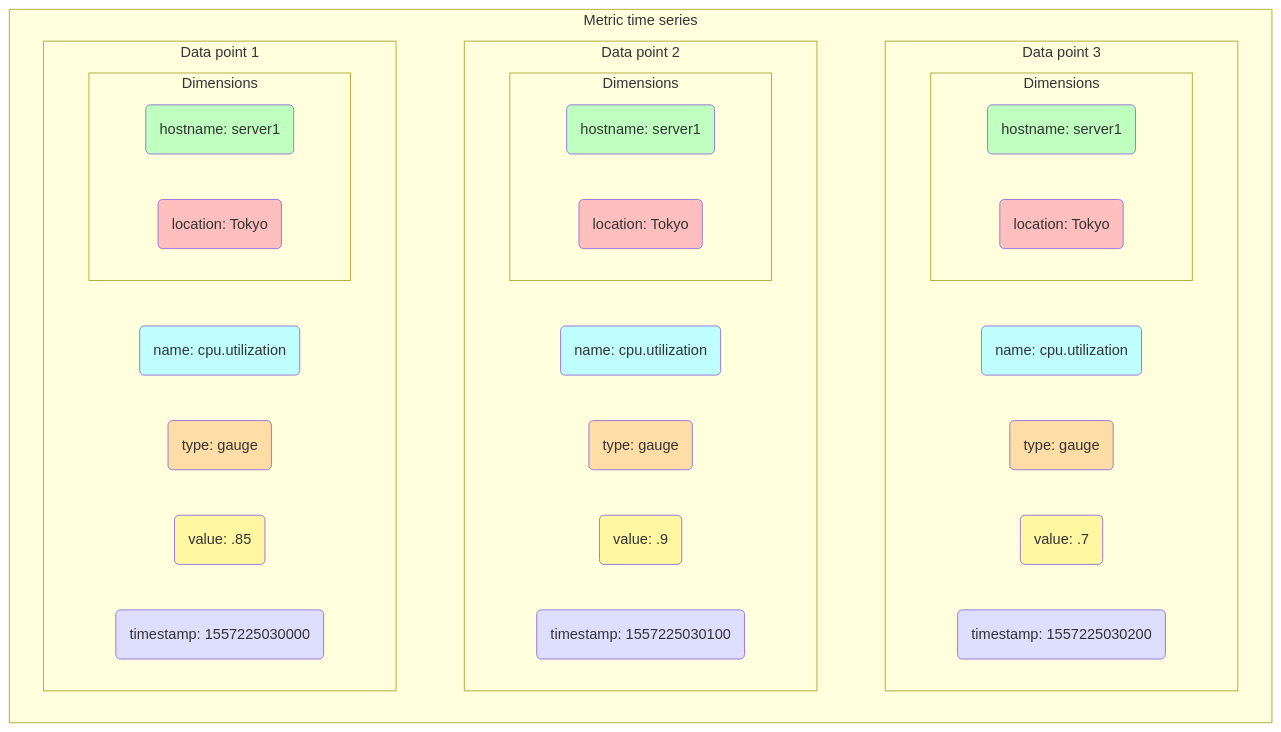
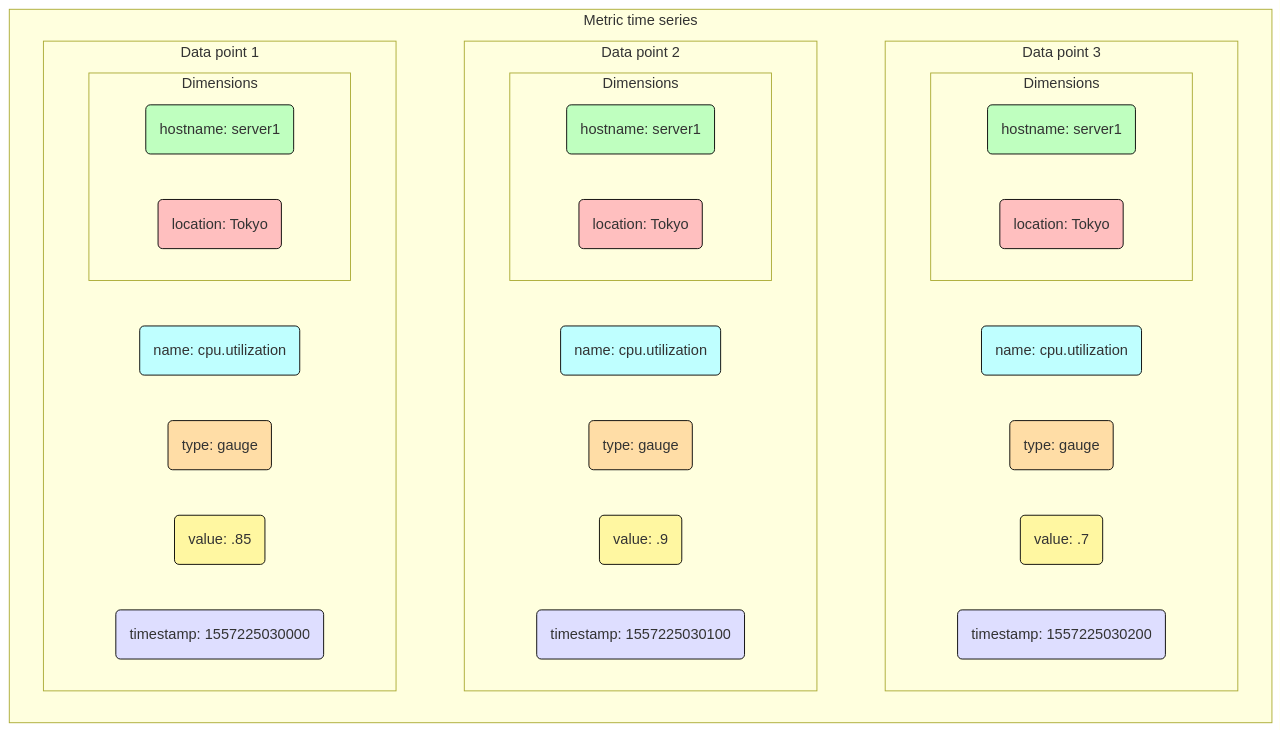
The diagram in metrics-and-metadata/metrics.rst (splunk/public-o11y-docs), drawn with Mermaid before and after one commit.

Commit message:
Add a default class

```diff
--- a/metrics-and-metadata/metrics.rst
+++ b/metrics-and-metadata/metrics.rst
@@ -37,6 +37,7 @@
       %% LR indicates the direction (left-to-right)
 
       %% You can define classes to style nodes and other elements
+      classDef default fill:#FFFFFF,stroke:#000
       classDef name fill:#BFFFFF
       classDef type fill:#ffdda6
       classDef value fill:#fff7a1
```
